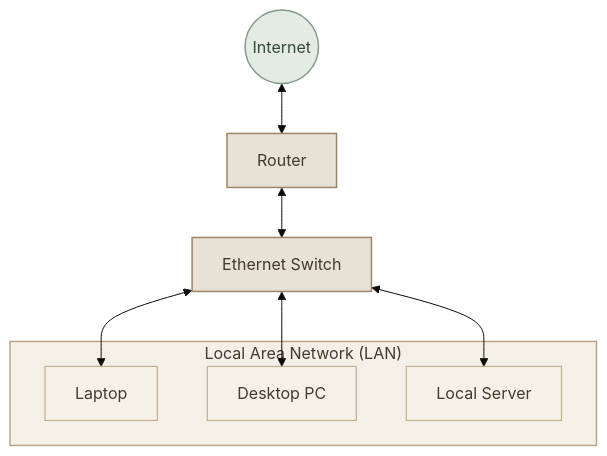
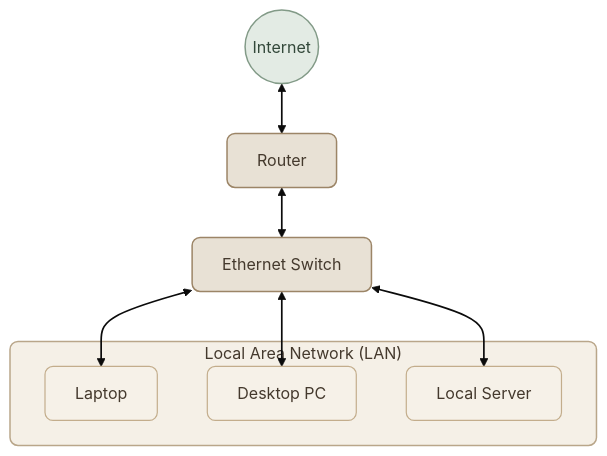
The first of 4 diagrams in content/networking/network-types.mdx (mustafammasoud/ops-handbook), drawn with Mermaid (base theme) before and after one commit. The commit also changed other lines of this file and 7 other files, not shown here.

````diff
--- a/content/networking/network-types.mdx
+++ b/content/networking/network-types.mdx
@@ -40,28 +40,29 @@
 ```mermaid
 flowchart TB
     Internet(("Internet"))
     Router["Router"]
     Switch["Ethernet Switch"]
 
     subgraph LAN["Local Area Network (LAN)"]
         Laptop[" Laptop"]
         PC[" Desktop PC"]
         Server["Local Server"]
     end
 
     Internet <--> Router
     Router <--> Switch
     Switch <--> Laptop
     Switch <--> PC
     Switch <--> Server
 
-    classDef network fill:#E8E1D5,stroke:#9C8567,color:#44392D,stroke-width:1.5px
-    classDef device fill:#F6F1E8,stroke:#C3AD8C,color:#44392D,stroke-width:1.2px
-    classDef external fill:#E3EBE4,stroke:#829A87,color:#33483A,stroke-width:1.5px
+    classDef network fill:#E8E1D5,stroke:#9C8567,color:#44392D,stroke-width:1.5px,rx:8,ry:8
+    classDef device fill:#F6F1E8,stroke:#C3AD8C,color:#44392D,stroke-width:1.2px,rx:8,ry:8
+    classDef external fill:#E3EBE4,stroke:#829A87,color:#33483A,stroke-width:1.5px,rx:8,ry:8
 
     class Router,Switch network
     class Laptop,PC,Server device
     class Internet external
 
-    style LAN fill:#F5F0E7,stroke:#B9A68A,stroke-width:1.5px,color:#44392D
+    style LAN fill:#F5F0E7,stroke:#B9A68A,stroke-width:1.5px,color:#44392D,rx:8,ry:8
+    linkStyle default stroke-width:1.7px
 ```
````
